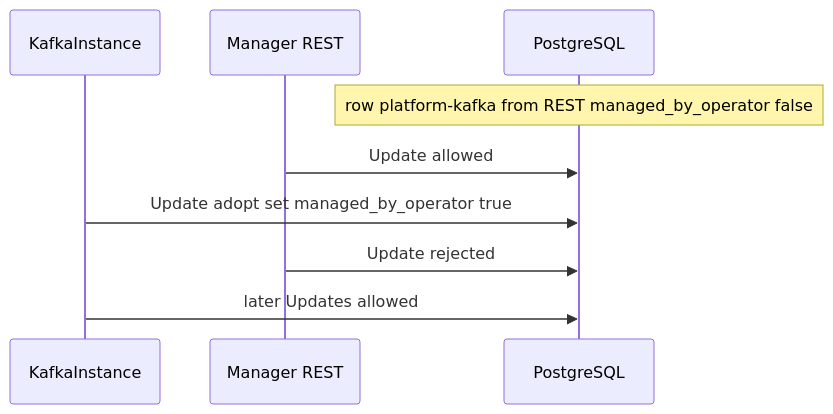
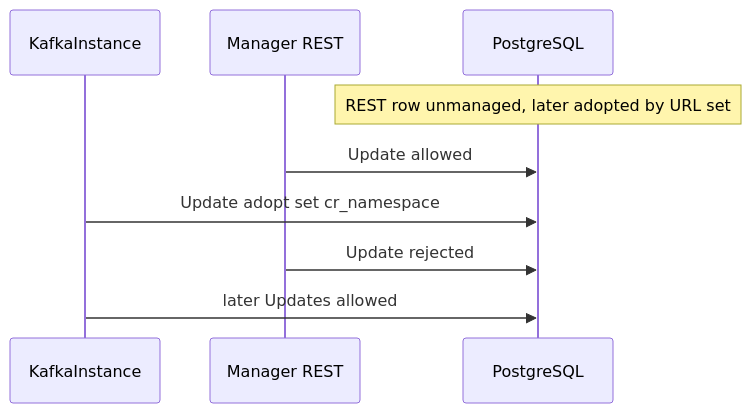
The tenth of 13 diagrams in docs/operator_design.md (Netcracker/qubership-maas), drawn with Mermaid before and after one commit. The commit also changed other lines of this file and 9 other files, not shown here.

````diff
--- a/docs/operator_design.md
+++ b/docs/operator_design.md
@@ -1234,11 +1253,11 @@
 ```mermaid
 sequenceDiagram
   participant CR as KafkaInstance
   participant REST as Manager REST
   participant DB as PostgreSQL
-  Note over DB: row platform-kafka from REST managed_by_operator false
+  Note over DB: REST row unmanaged, later adopted by URL set
   REST->>DB: Update allowed
-  CR->>DB: Update adopt set managed_by_operator true
+  CR->>DB: Update adopt set cr_namespace
   REST->>DB: Update rejected
   CR->>DB: later Updates allowed
 ```
````
